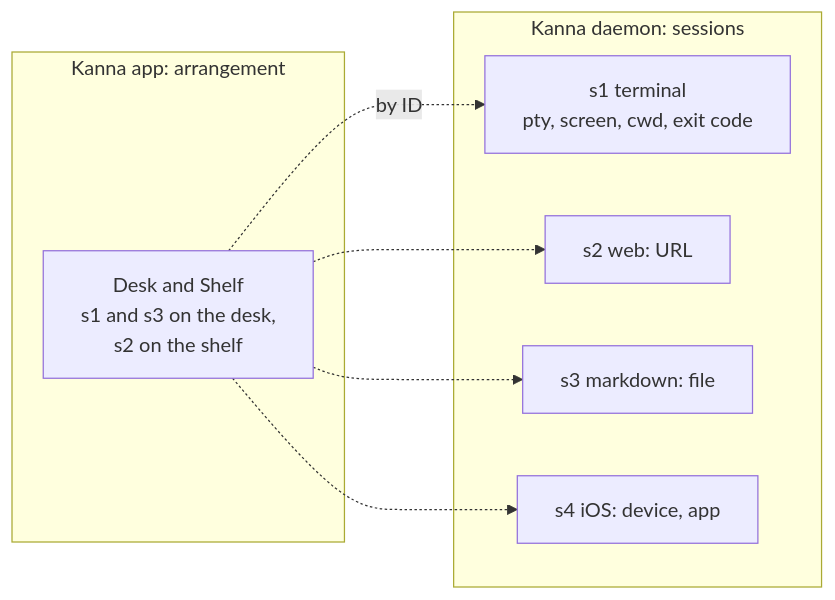
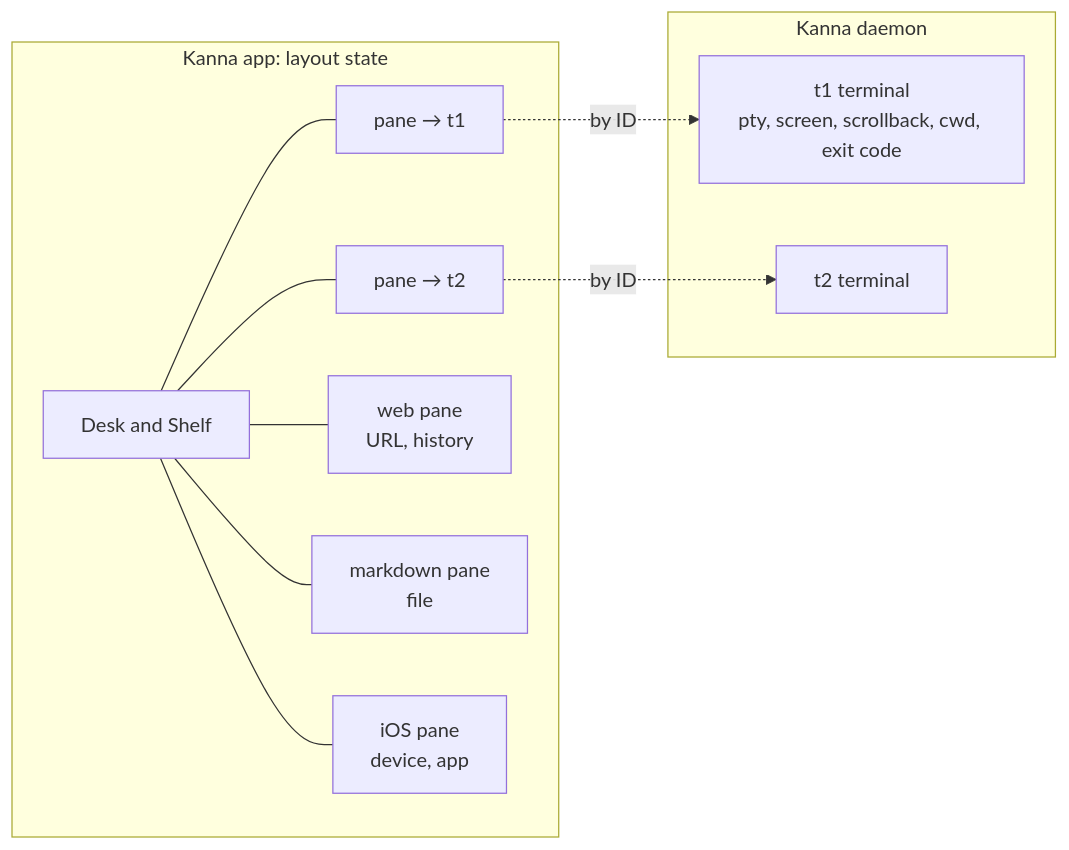
Before and after one commit to jemdiggity/kanna-v4: the third of 9 diagrams in docs/research/mux-architecture.md, drawn with Mermaid. The commit also changed other lines of this file, not shown here.

Commit message:
Mux architecture: only terminals live in the daemon; web, markdown and iOS are layout state

````diff
--- a/docs/research/mux-architecture.md
+++ b/docs/research/mux-architecture.md
@@ -170,16 +139,18 @@
 ```mermaid
 flowchart LR
-    subgraph D["Kanna daemon: sessions"]
-        S1["s1 terminal<br/>pty, screen, cwd, exit code"]
-        S2["s2 web: URL"]
-        S3["s3 markdown: file"]
-        S4["s4 iOS: device, app"]
+    subgraph D["Kanna daemon"]
+        T1["t1 terminal<br/>pty, screen, scrollback, cwd, exit code"]
+        T2["t2 terminal"]
     end
-    subgraph K["Kanna app: arrangement"]
-        DESK["Desk and Shelf<br/>s1 and s3 on the desk,<br/>s2 on the shelf"]
+    subgraph A["Kanna app: layout state"]
+        DESK["Desk and Shelf"]
+        P1["pane → t1"]
+        P2["pane → t2"]
+        P3["web pane<br/>URL, history"]
+        P4["markdown pane<br/>file"]
+        P5["iOS pane<br/>device, app"]
+        DESK --- P1 & P2 & P3 & P4 & P5
     end
-    DESK -. "by ID" .-> S1
-    DESK -.-> S2
-    DESK -.-> S3
-    DESK -.-> S4
+    P1 -. "by ID" .-> T1
+    P2 -. "by ID" .-> T2
 ```
````
